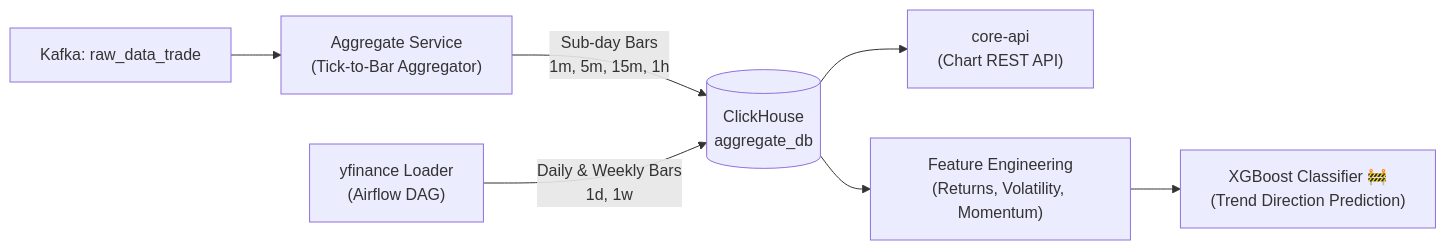
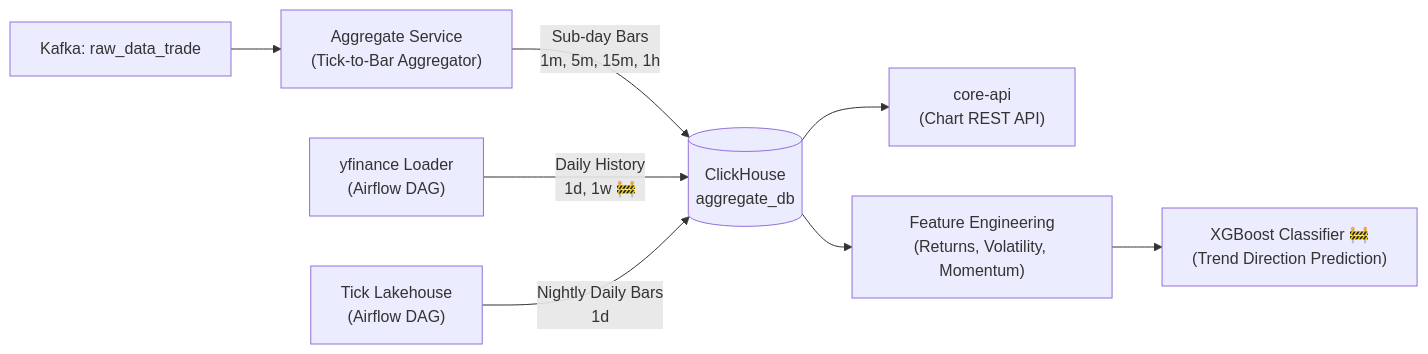
Before and after one commit to kasync-lang/Kstock: the fourth of 5 diagrams in README.md, drawn with Mermaid. The commit also changed other lines of this file, not shown here.

Commit message:
docs: real candle volume and nightly daily bars in README

````diff
--- a/README.md
+++ b/README.md
@@ -246,11 +246,12 @@
 ```mermaid
 flowchart LR
     Kafka["Kafka: raw_data_trade"] --> Agg["Aggregate Service\n(Tick-to-Bar Aggregator)"]
     Agg -->|Sub-day Bars\n1m, 5m, 15m, 1h| CH[("ClickHouse\naggregate_db")]
     
-    YF["yfinance Loader\n(Airflow DAG)"] -->|Daily & Weekly Bars\n1d, 1w| CH
+    YF["yfinance Loader\n(Airflow DAG)"] -->|Daily History\n1d, 1w 🚧| CH
+    LAKE["Tick Lakehouse\n(Airflow DAG)"] -->|Nightly Daily Bars\n1d| CH
     
     CH --> API["core-api\n(Chart REST API)"]
     CH --> FEAT["Feature Engineering\n(Returns, Volatility, Momentum)"]
     FEAT --> ML["XGBoost Classifier 🚧\n(Trend Direction Prediction)"]
 ```
````
